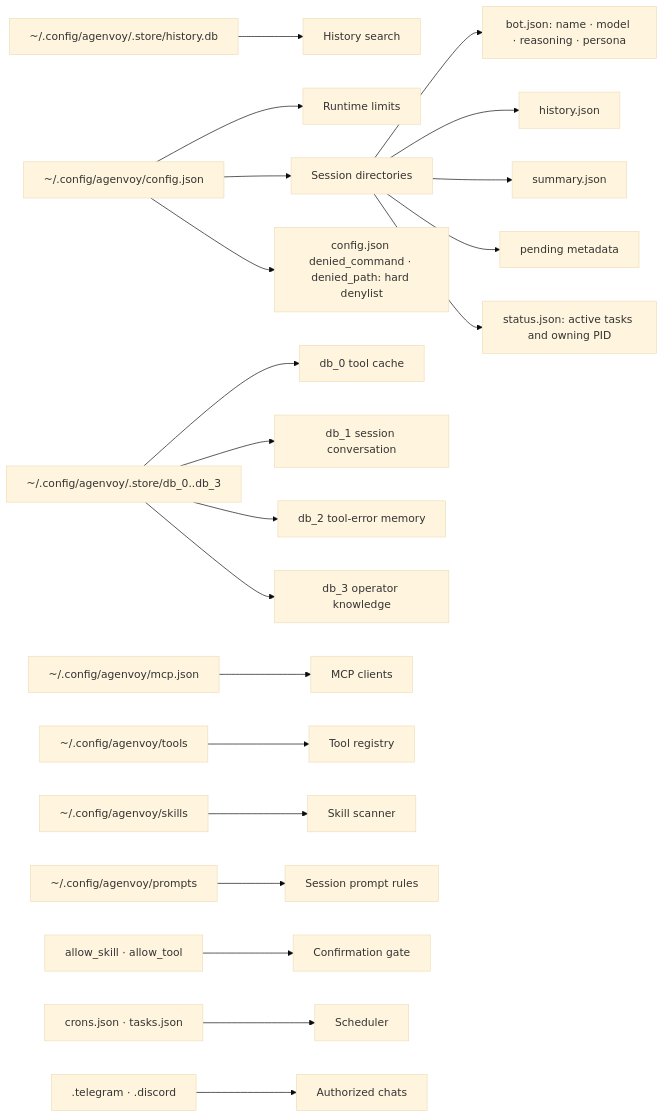
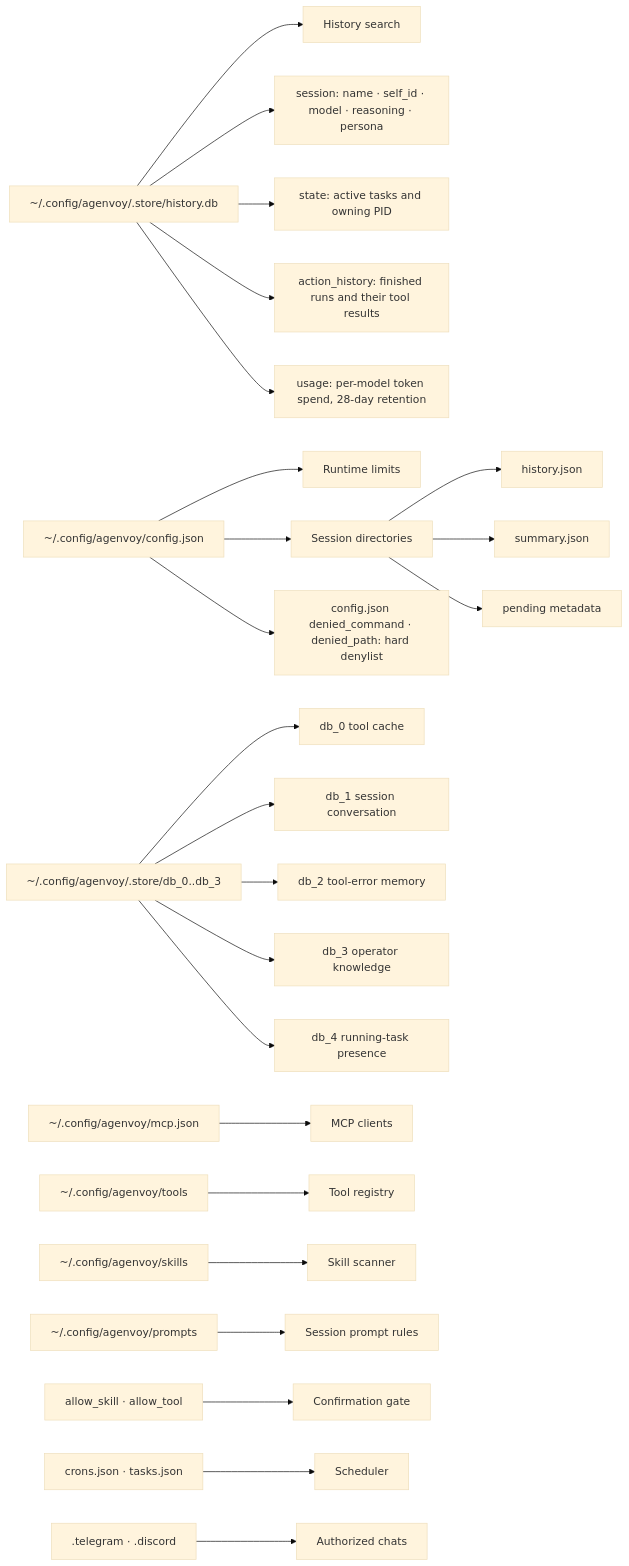
One commit to agenvoy/Agenvoy changed diagram 12 of 12 in doc/architecture.md. Above: the diagram before and after it, drawn with Mermaid (base theme). The commit also changed other lines of this file and 8 other files, not shown here.

````diff
--- a/doc/architecture.md
+++ b/doc/architecture.md
@@ -290,23 +289,26 @@
 ```mermaid
 flowchart LR
     Config[~/.config/agenvoy/config.json] --> Limits[Runtime limits]
     Config --> Sessions[Session directories]
-    Sessions --> Bot[bot.json: name · model · reasoning · persona]
     Sessions --> History[history.json]
     Sessions --> Summary[summary.json]
     Sessions --> Pending[pending metadata]
-    Sessions --> Status[status.json: active tasks and owning PID]
     SQLite[~/.config/agenvoy/.store/history.db] --> Search[History search]
+    SQLite --> SessionRow[session: name · self_id · model · reasoning · persona]
+    SQLite --> StateRow[state: active tasks and owning PID]
+    SQLite --> ActionRow[action_history: finished runs and their tool results]
+    SQLite --> UsageRow[usage: per-model token spend, 28-day retention]
     Torii[~/.config/agenvoy/.store/db_0..db_3] --> ToolCache[db_0 tool cache]
     Torii --> SessionHist[db_1 session conversation]
     Torii --> ErrorMemory[db_2 tool-error memory]
     Torii --> Knowledge[db_3 operator knowledge]
+    Torii --> Online[db_4 running-task presence]
     MCP[~/.config/agenvoy/mcp.json] --> MCPClients[MCP clients]
     Tools[~/.config/agenvoy/tools] --> Registry[Tool registry]
     Skills[~/.config/agenvoy/skills] --> Scanner[Skill scanner]
     Prompts[~/.config/agenvoy/prompts] --> Rules[Session prompt rules]
     Allow[allow_skill · allow_tool] --> Gate[Confirmation gate]
     Config --> CmdDeny[config.json denied_command · denied_path: hard denylist]
     Schedule[crons.json · tasks.json] --> Scheduler[Scheduler]
     Auth[.telegram · .discord] --> Channels[Authorized chats]
 ```
````
